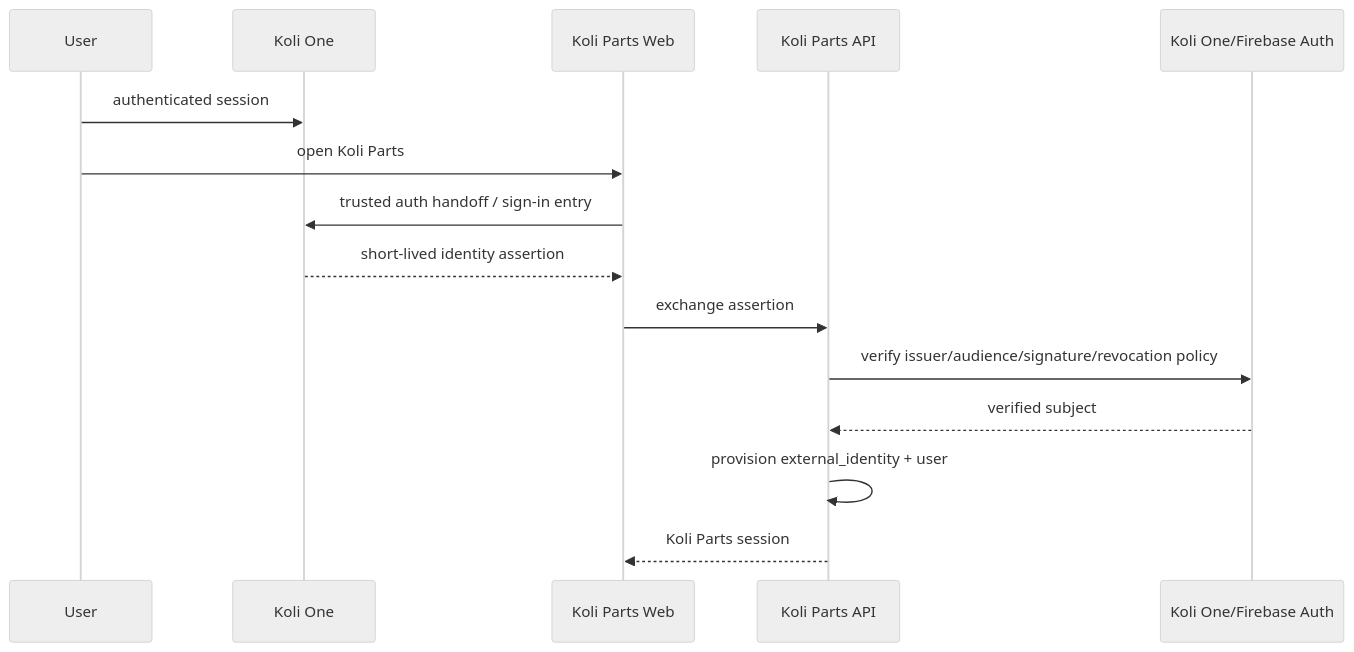
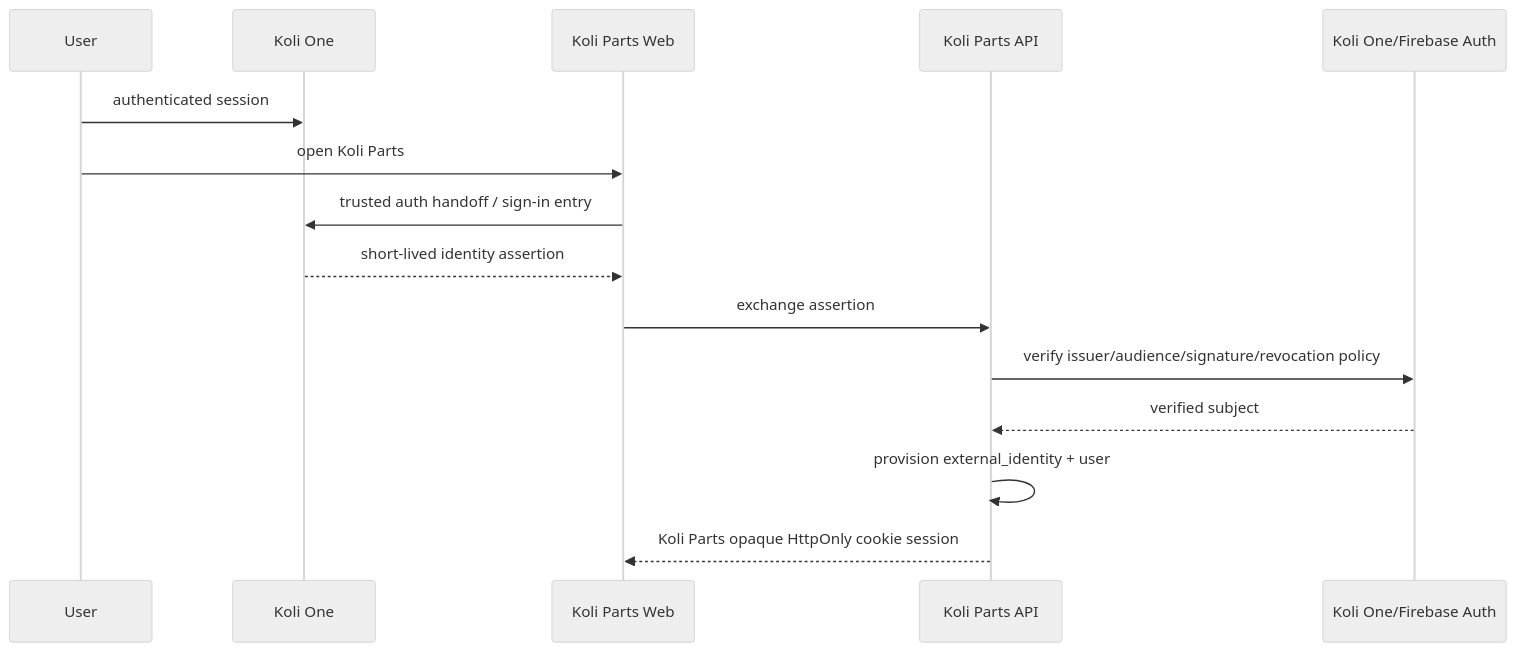
The diagram in docs/AUTH_SSO.md (hamdanialaa3/Koli-Parts), drawn with Mermaid (neutral theme) before and after one commit. The commit also changed other lines of this file and 20 other files, not shown here.

Commit message:
feat(auth): add koli one session foundation

````diff
--- a/docs/AUTH_SSO.md
+++ b/docs/AUTH_SSO.md
@@ -19,17 +36,17 @@
 ```mermaid
 sequenceDiagram
   participant U as User
   participant KO as Koli One
   participant KP as Koli Parts Web
   participant API as Koli Parts API
   participant IDP as Koli One/Firebase Auth
   U->>KO: authenticated session
   U->>KP: open Koli Parts
   KP->>KO: trusted auth handoff / sign-in entry
   KO-->>KP: short-lived identity assertion
   KP->>API: exchange assertion
   API->>IDP: verify issuer/audience/signature/revocation policy
   IDP-->>API: verified subject
   API->>API: provision external_identity + user
-  API-->>KP: Koli Parts session
+  API-->>KP: Koli Parts opaque HttpOnly cookie session
 ```
````
